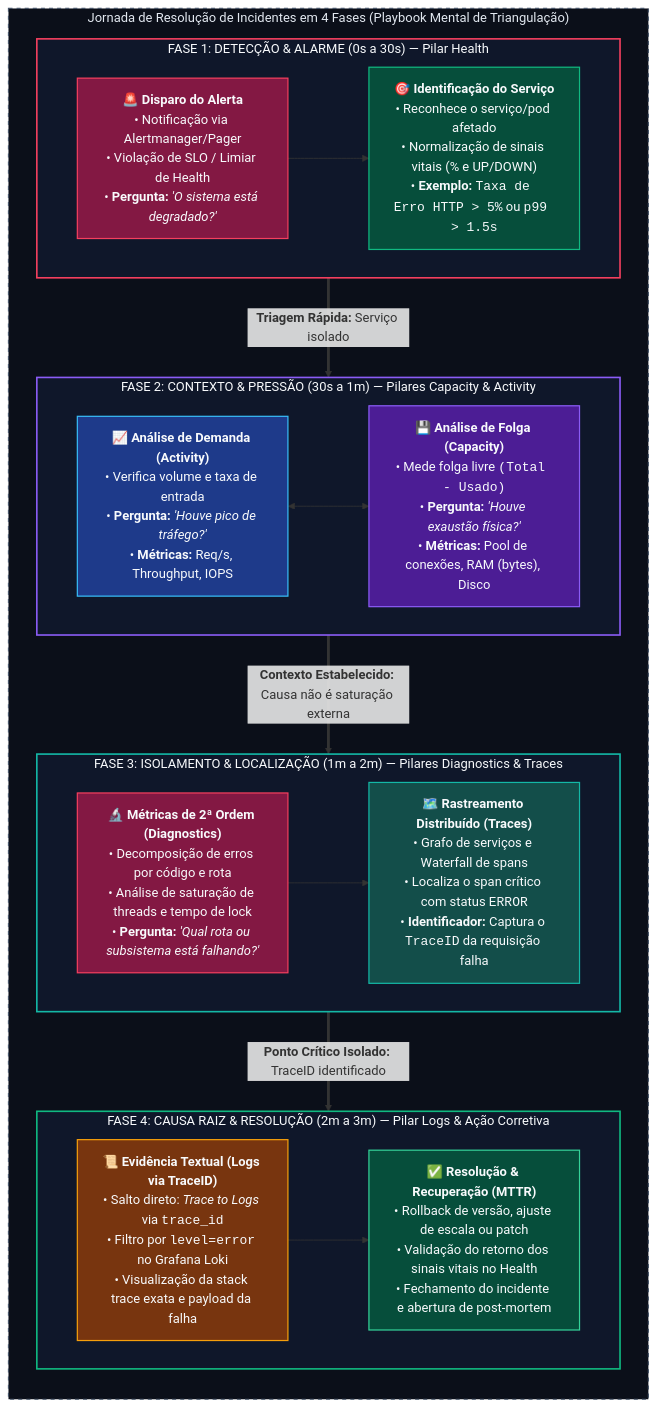
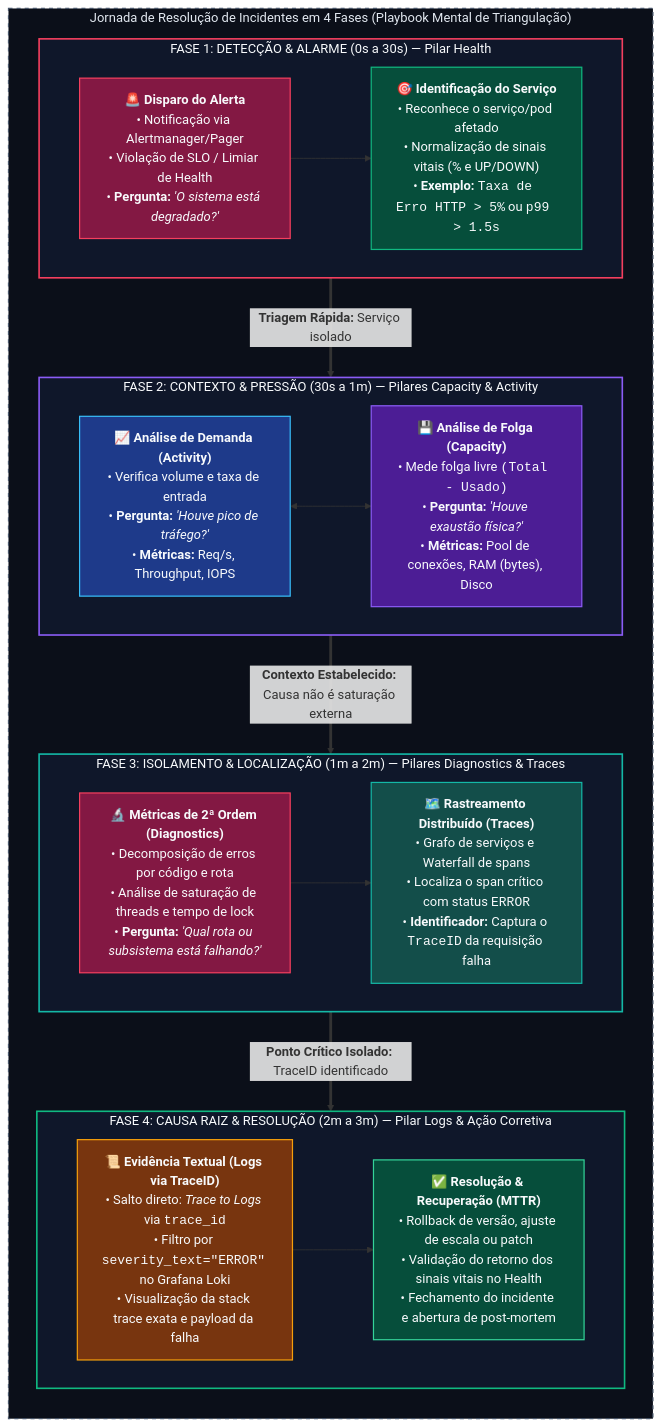
Before and after one commit to danielsabatini/lgtm-stack-otel: the diagram in docs/diagrams/incident-resolution-journey.mmd, drawn with Mermaid. The commit also changed 80 other files, not shown here.

```diff
--- a/docs/diagrams/incident-resolution-journey.mmd
+++ b/docs/diagrams/incident-resolution-journey.mmd
@@ -1,77 +1,77 @@
 flowchart TD
     %% =========================================================================
     %% Diagrama: Jornada de Resolução de Incidentes em 4 Fases
     %% Documento: docs/OBSERVABILITY-METHODOLOGY.md
     %% =========================================================================
 
     subgraph IncidentJourney ["Jornada de Resolução de Incidentes em 4 Fases (Playbook Mental de Triangulação)"]
         direction TB
 
         %% FASE 1
         subgraph Phase1 ["FASE 1: DETECÇÃO & ALARME (0s a 30s) — Pilar Health"]
             direction LR
             P1_Trigger["<b>🚨 Disparo do Alerta</b><br/>• Notificação via Alertmanager/Pager<br/>• Violação de SLO / Limiar de Health<br/>• <b>Pergunta:</b> <i>'O sistema está degradado?'</i>"]
             P1_Action["<b>🎯 Identificação do Serviço</b><br/>• Reconhece o serviço/pod afetado<br/>• Normalização de sinais vitais (% e UP/DOWN)<br/>• <b>Exemplo:</b> <code>Taxa de Erro HTTP > 5%</code> ou <code>p99 > 1.5s</code>"]
             P1_Trigger --> P1_Action
         end
 
         %% FASE 2
         subgraph Phase2 ["FASE 2: CONTEXTO & PRESSÃO (30s a 1m) — Pilares Capacity & Activity"]
             direction LR
             P2_Activity["<b>📈 Análise de Demanda (Activity)</b><br/>• Verifica volume e taxa de entrada<br/>• <b>Pergunta:</b> <i>'Houve pico de tráfego?'</i><br/>• <b>Métricas:</b> Req/s, Throughput, IOPS"]
             P2_Capacity["<b>💾 Análise de Folga (Capacity)</b><br/>• Mede folga livre <code>(Total - Usado)</code><br/>• <b>Pergunta:</b> <i>'Houve exaustão física?'</i><br/>• <b>Métricas:</b> Pool de conexões, RAM (bytes), Disco"]
             P2_Activity <--> P2_Capacity
         end
 
         %% FASE 3
         subgraph Phase3 ["FASE 3: ISOLAMENTO & LOCALIZAÇÃO (1m a 2m) — Pilares Diagnostics & Traces"]
             direction LR
             P3_Diagnostics["<b>🔬 Métricas de 2ª Ordem (Diagnostics)</b><br/>• Decomposição de erros por código e rota<br/>• Análise de saturação de threads e tempo de lock<br/>• <b>Pergunta:</b> <i>'Qual rota ou subsistema está falhando?'</i>"]
             P3_Traces["<b>🗺️ Rastreamento Distribuído (Traces)</b><br/>• Grafo de serviços e Waterfall de spans<br/>• Localiza o span crítico com status <code>ERROR</code><br/>• <b>Identificador:</b> Captura o <code>TraceID</code> da requisição falha"]
             P3_Diagnostics --> P3_Traces
         end
 
         %% FASE 4
         subgraph Phase4 ["FASE 4: CAUSA RAIZ & RESOLUÇÃO (2m a 3m) — Pilar Logs & Ação Corretiva"]
             direction LR
-            P4_Logs["<b>📜 Evidência Textual (Logs via TraceID)</b><br/>• Salto direto: <i>Trace to Logs</i> via <code>trace_id</code><br/>• Filtro por <code>level=error</code> no Grafana Loki<br/>• Visualização da stack trace exata e payload da falha"]
+            P4_Logs["<b>📜 Evidência Textual (Logs via TraceID)</b><br/>• Salto direto: <i>Trace to Logs</i> via <code>trace_id</code><br/>• Filtro por <code>severity_text=#quot;ERROR#quot;</code> no Grafana Loki<br/>• Visualização da stack trace exata e payload da falha"]
             P4_Remediation["<b>✅ Resolução & Recuperação (MTTR)</b><br/>• Rollback de versão, ajuste de escala ou patch<br/>• Validação do retorno dos sinais vitais no Health<br/>• Fechamento do incidente e abertura de post-mortem"]
             P4_Logs --> P4_Remediation
         end
 
         %% Conexões entre Fases
         Phase1 ==>|"<b>Triagem Rápida:</b> Serviço isolado"| Phase2
         Phase2 ==>|"<b>Contexto Estabelecido:</b> Causa não é saturação externa"| Phase3
         Phase3 ==>|"<b>Ponto Crítico Isolado:</b> TraceID identificado"| Phase4
     end
 
     %% Estilização Visual Profissional
     classDef containerStyle fill:#0b0f19,stroke:#475569,stroke-width:1.5px,stroke-dasharray: 5 5,color:#e2e8f0;
     classDef phase1Style fill:#0f172a,stroke:#f43f5e,stroke-width:2px,color:#f8fafc;
     classDef phase2Style fill:#0f172a,stroke:#8b5cf6,stroke-width:2px,color:#f8fafc;
     classDef phase3Style fill:#0f172a,stroke:#14b8a6,stroke-width:2px,color:#f8fafc;
     classDef phase4Style fill:#0f172a,stroke:#10b981,stroke-width:2px,color:#f8fafc;
 
     classDef triggerStyle fill:#831843,stroke:#f43f5e,stroke-width:1.5px,color:#f8fafc;
     classDef healthActionStyle fill:#064e3b,stroke:#10b981,stroke-width:1.5px,color:#f8fafc;
     classDef activityStyle fill:#1e3a8a,stroke:#38bdf8,stroke-width:1.5px,color:#f8fafc;
     classDef capacityStyle fill:#4c1d95,stroke:#8b5cf6,stroke-width:1.5px,color:#f8fafc;
     classDef diagStyle fill:#831843,stroke:#f43f5e,stroke-width:1.5px,color:#f8fafc;
     classDef traceStyle fill:#134e4a,stroke:#14b8a6,stroke-width:1.5px,color:#f8fafc;
     classDef logStyle fill:#78350f,stroke:#f59e0b,stroke-width:1.5px,color:#f8fafc;
     classDef remedyStyle fill:#064e3b,stroke:#34d399,stroke-width:1.5px,color:#f8fafc;
 
     class IncidentJourney containerStyle;
     class Phase1 phase1Style;
     class Phase2 phase2Style;
     class Phase3 phase3Style;
     class Phase4 phase4Style;
 
     class P1_Trigger triggerStyle;
     class P1_Action healthActionStyle;
     class P2_Activity activityStyle;
     class P2_Capacity capacityStyle;
     class P3_Diagnostics diagStyle;
     class P3_Traces traceStyle;
     class P4_Logs logStyle;
     class P4_Remediation remedyStyle;
```
